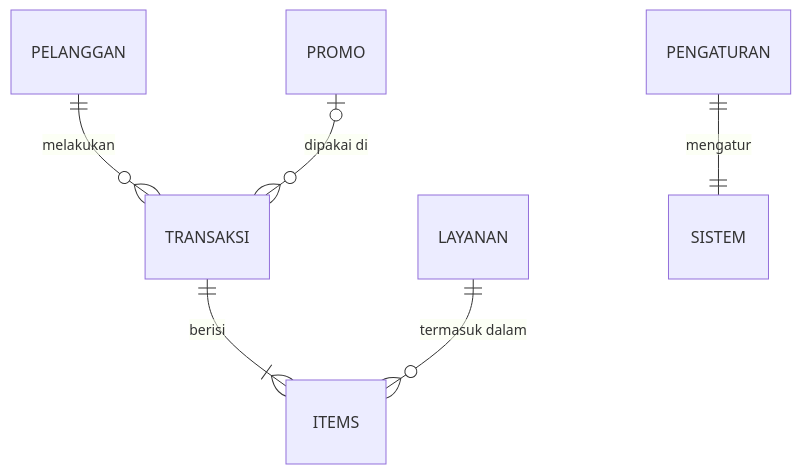
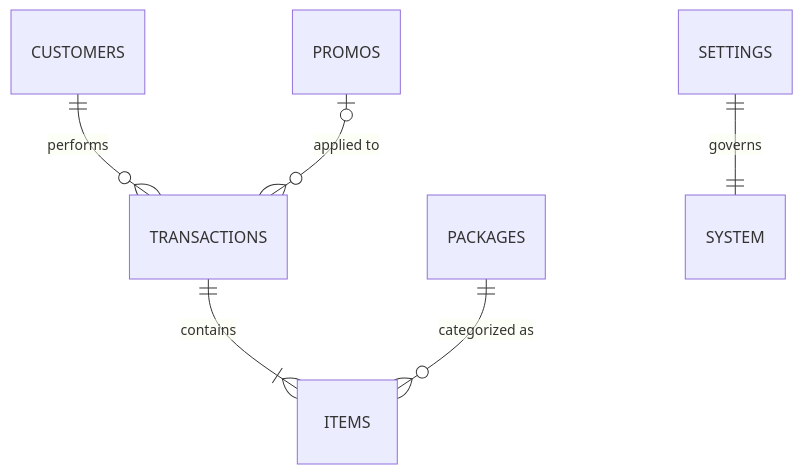
One commit to nndda-rzn/app-script-mpti changed the first of 2 diagrams in PRESENTASI_KLIEN.md. Above: the diagram before and after it, drawn with Mermaid. The commit also changed other lines of this file, not shown here.

````diff
--- a/PRESENTASI_KLIEN.md
+++ b/PRESENTASI_KLIEN.md
@@ -119,8 +65,8 @@
 ```mermaid
 erDiagram
-    TRANSAKSI ||--|{ ITEMS : "berisi"
-    PELANGGAN ||--o{ TRANSAKSI : "melakukan"
-    LAYANAN ||--o{ ITEMS : "termasuk dalam"
-    PROMO |o--o{ TRANSAKSI : "dipakai di"
-    PENGATURAN ||--|| SISTEM : "mengatur"
+    TRANSACTIONS ||--|{ ITEMS : "contains"
+    CUSTOMERS ||--o{ TRANSACTIONS : "performs"
+    PACKAGES ||--o{ ITEMS : "categorized as"
+    PROMOS |o--o{ TRANSACTIONS : "applied to"
+    SETTINGS ||--|| SYSTEM : "governs"
 ```
````
